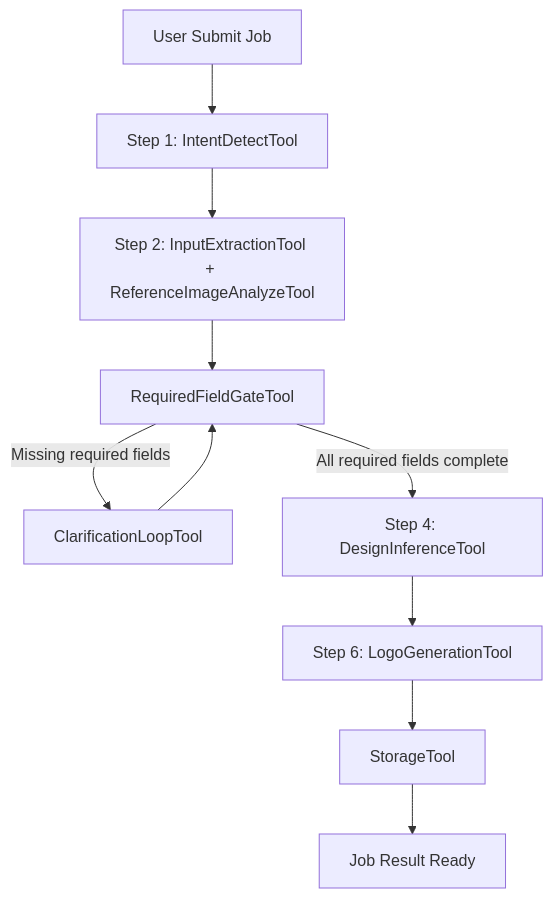
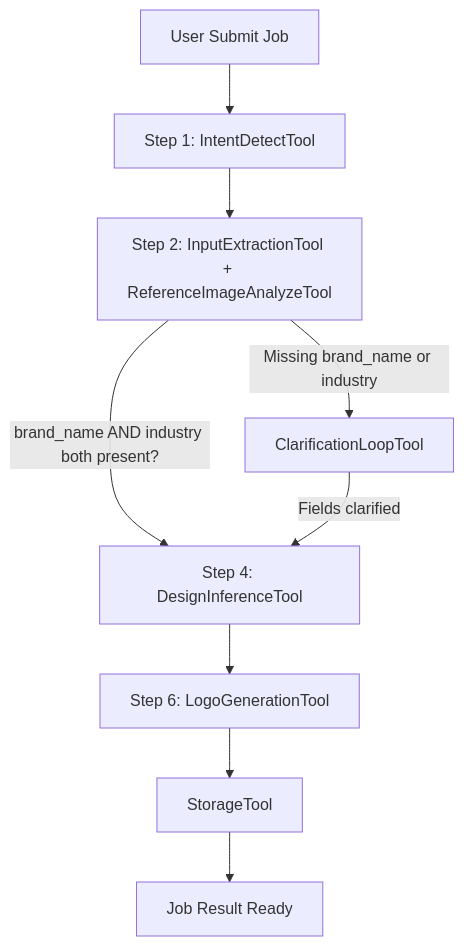
The first of 3 diagrams in tech.md (Ne4nf/Agent-Memory), drawn with Mermaid before and after one commit. The commit also changed other lines of this file, not shown here.

First line of the commit message:
Update logo generation requirements and flowchart

````diff
--- a/tech.md
+++ b/tech.md
@@ -90,12 +91,11 @@
 ```mermaid
 flowchart TD
-    A[User Submit Job] --> B[Step 1: IntentDetectTool]
-    B --> C[Step 2: InputExtractionTool + ReferenceImageAnalyzeTool]
-    C --> D[RequiredFieldGateTool]
-    D -->|Missing required fields| E[ClarificationLoopTool]
-    E --> D
-    D -->|All required fields complete| F[Step 4: DesignInferenceTool]
-    F --> G[Step 6: LogoGenerationTool]
-    G --> H[StorageTool]
-    H --> I[Job Result Ready]
+  A[User Submit Job] --> B[Step 1: IntentDetectTool]
+  B --> C[Step 2: InputExtractionTool + ReferenceImageAnalyzeTool]
+  C -->|brand_name AND industry both present?| F[Step 4: DesignInferenceTool]
+  C -->|Missing brand_name or industry| E[ClarificationLoopTool]
+  E -->|Fields clarified| F
+  F --> G[Step 6: LogoGenerationTool]
+  G --> H[StorageTool]
+  H --> I[Job Result Ready]
 ```
````
